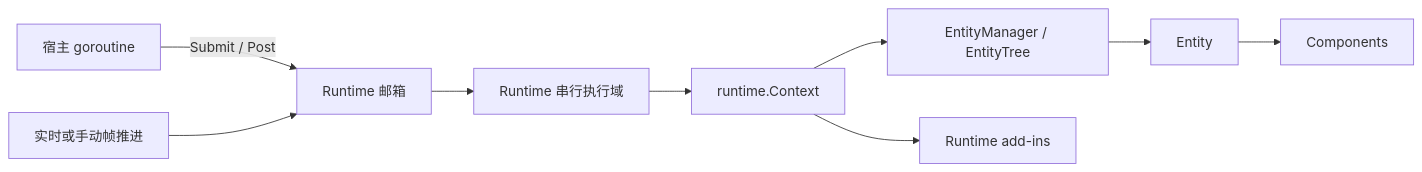
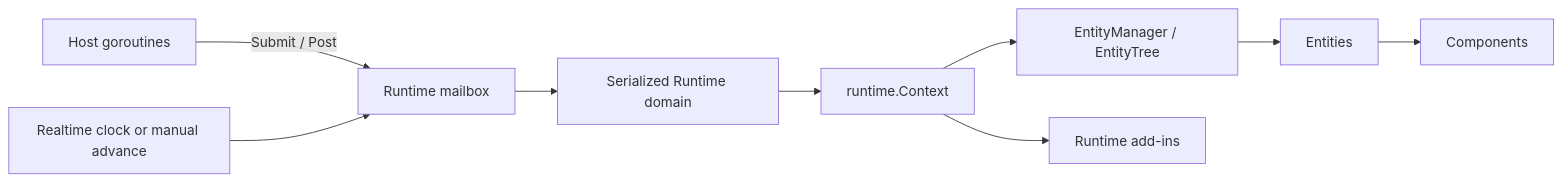
The diagram in README.md (pangdogs/tiny), drawn with Mermaid before and after one commit. The commit also changed other lines of this file and 1 other file, not shown here.

````diff
--- a/README.md
+++ b/README.md
@@ -29,11 +117,11 @@
 ```mermaid
 flowchart LR
-    Host[宿主 goroutine] -->|Submit / Post| Queue[Runtime 邮箱]
-    Timer[实时或手动帧推进] --> Queue
-    Queue --> Loop[Runtime 串行执行域]
+    Host[Host goroutines] -->|Submit / Post| Queue[Runtime mailbox]
+    Clock[Realtime clock or manual advance] --> Queue
+    Queue --> Loop[Serialized Runtime domain]
     Loop --> Context[runtime.Context]
     Context --> Manager[EntityManager / EntityTree]
-    Manager --> Entity[Entity]
+    Manager --> Entity[Entities]
     Entity --> Components[Components]
     Context --> Addins[Runtime add-ins]
 ```
````
